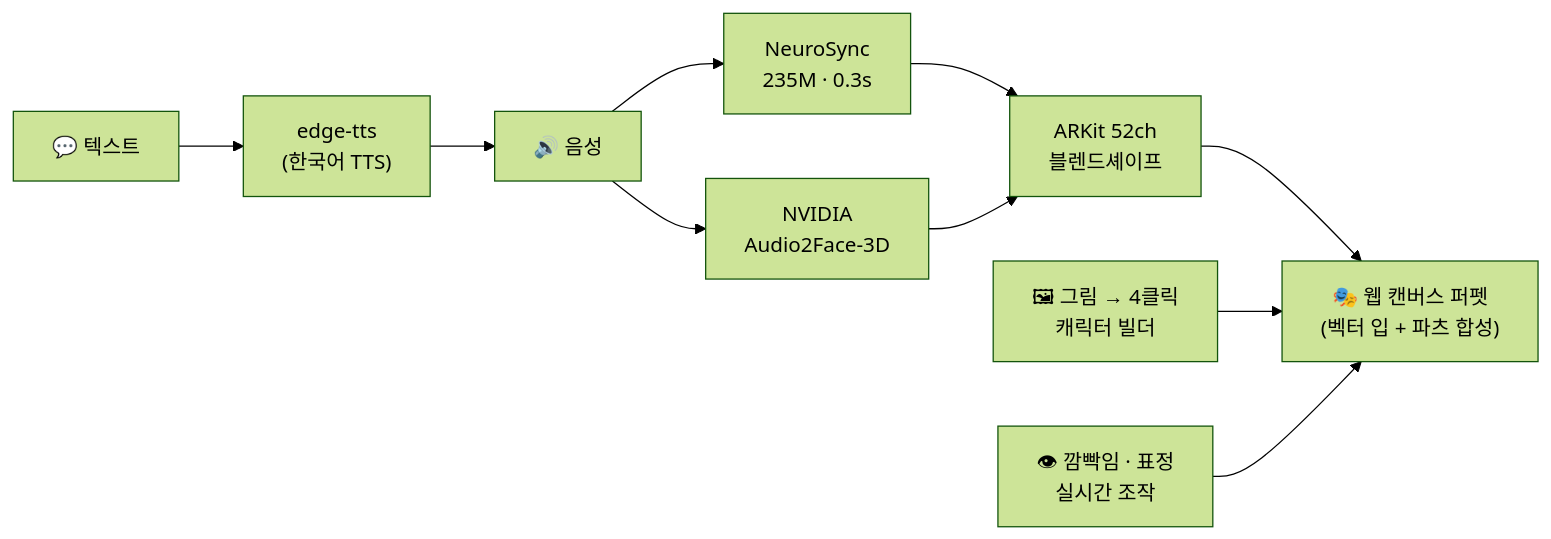
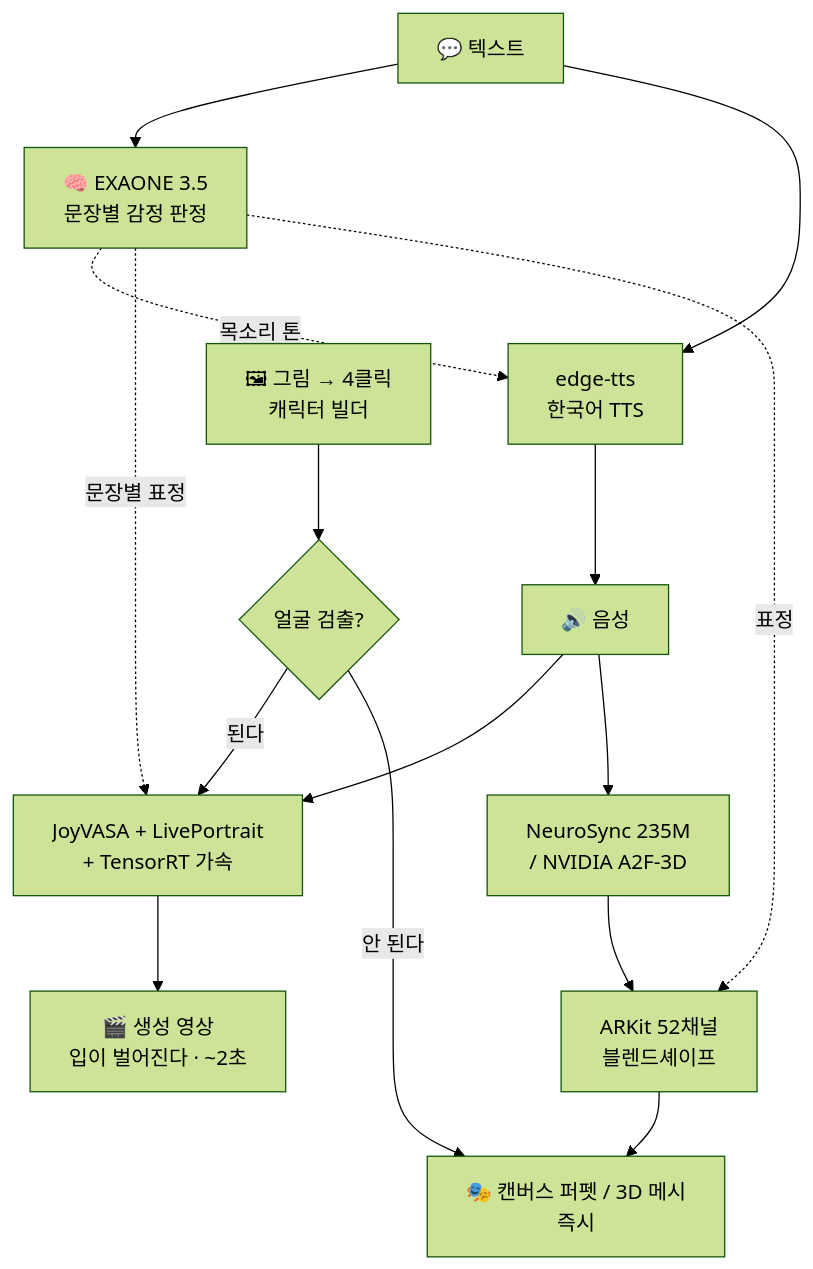
The diagram in README.md (ingon1026/talking-drawing-avatar), drawn with Mermaid (forest theme) before and after one commit. The commit also changed other lines of this file, not shown here.

````diff
--- a/README.md
+++ b/README.md
@@ -42,12 +71,20 @@
 ```mermaid
-flowchart LR
-    T["💬 텍스트"] --> TTS["edge-tts<br/>(한국어 TTS)"]
+flowchart TB
+    T["💬 텍스트"] --> EX["🧠 EXAONE 3.5<br/>문장별 감정 판정"]
+    T --> TTS["edge-tts<br/>한국어 TTS"]
+    EX -. 목소리 톤 .-> TTS
     TTS --> WAV["🔊 음성"]
-    WAV --> NS["NeuroSync<br/>235M · 0.3s"]
-    WAV --> A2F["NVIDIA<br/>Audio2Face-3D"]
-    NS --> BS["ARKit 52ch<br/>블렌드셰이프"]
-    A2F --> BS
-    BS --> R["🎭 웹 캔버스 퍼펫<br/>(벡터 입 + 파츠 합성)"]
-    C["🖼 그림 → 4클릭<br/>캐릭터 빌더"] --> R
-    U["👁 깜빡임 · 표정<br/>실시간 조작"] --> R
+
+    WAV --> JV["JoyVASA + LivePortrait<br/>+ TensorRT 가속"]
+    EX -. 문장별 표정 .-> JV
+    JV --> VID["🎬 생성 영상<br/>입이 벌어진다 · ~2초"]
+
+    WAV --> NS["NeuroSync 235M<br/>/ NVIDIA A2F-3D"]
+    NS --> BS["ARKit 52채널<br/>블렌드셰이프"]
+    EX -. 표정 .-> BS
+    BS --> PUP["🎭 캔버스 퍼펫 / 3D 메시<br/>즉시"]
+
+    C["🖼 그림 → 4클릭<br/>캐릭터 빌더"] --> DET{"얼굴 검출?"}
+    DET -->|된다| JV
+    DET -->|안 된다| PUP
 ```
````
